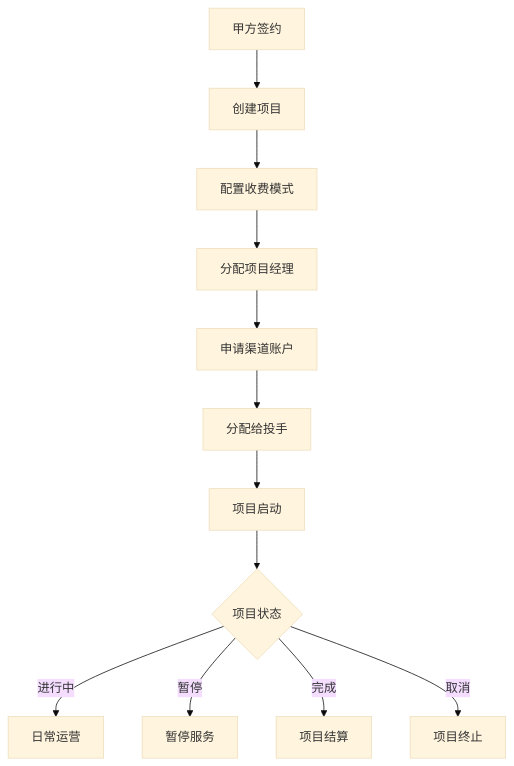
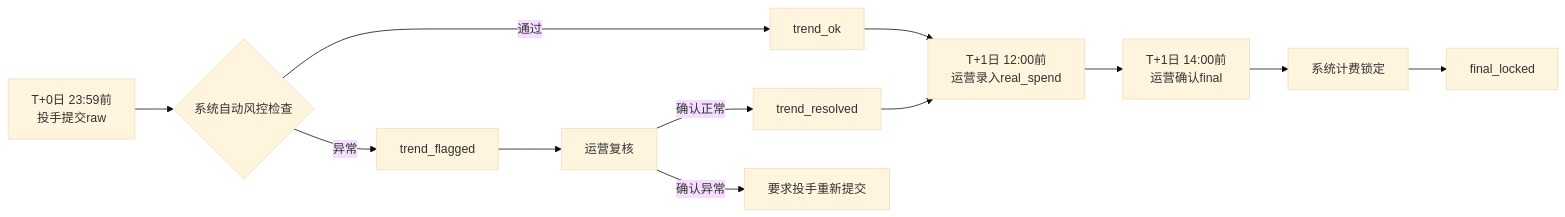
Before and after one commit to wade56754/AI_ad_spend02: the first of 5 diagrams in docs/core/SYSTEM_OVERVIEW.md, drawn with Mermaid (base theme). The commit also changed other lines of this file and 210 other files, not shown here.

````diff
--- a/docs/core/SYSTEM_OVERVIEW.md
+++ b/docs/core/SYSTEM_OVERVIEW.md
@@ -100,15 +123,14 @@
 ```mermaid
-graph TD
-    A[甲方签约] --> B[创建项目]
-    B --> C[配置收费模式]
-    C --> D[分配项目经理]
-    D --> E[申请渠道账户]
-    E --> F[分配给投手]
-    F --> G[项目启动]
-
-    G --> H{项目状态}
-    H -->|进行中| I[日常运营]
-    H -->|暂停| J[暂停服务]
-    H -->|完成| K[项目结算]
-    H -->|取消| L[项目终止]
+flowchart LR
+    A[T+0日 23:59前<br/>投手提交raw] --> B{系统自动风控检查}
+    B -->|通过| C[trend_ok]
+    B -->|异常| D[trend_flagged]
+    D --> E[运营复核]
+    E -->|确认正常| F[trend_resolved]
+    E -->|确认异常| G[要求投手重新提交]
+    C --> H[T+1日 12:00前<br/>运营录入real_spend]
+    F --> H
+    H --> I[T+1日 14:00前<br/>运营确认final]
+    I --> J[系统计费锁定]
+    J --> K[final_locked]
 ```
````
